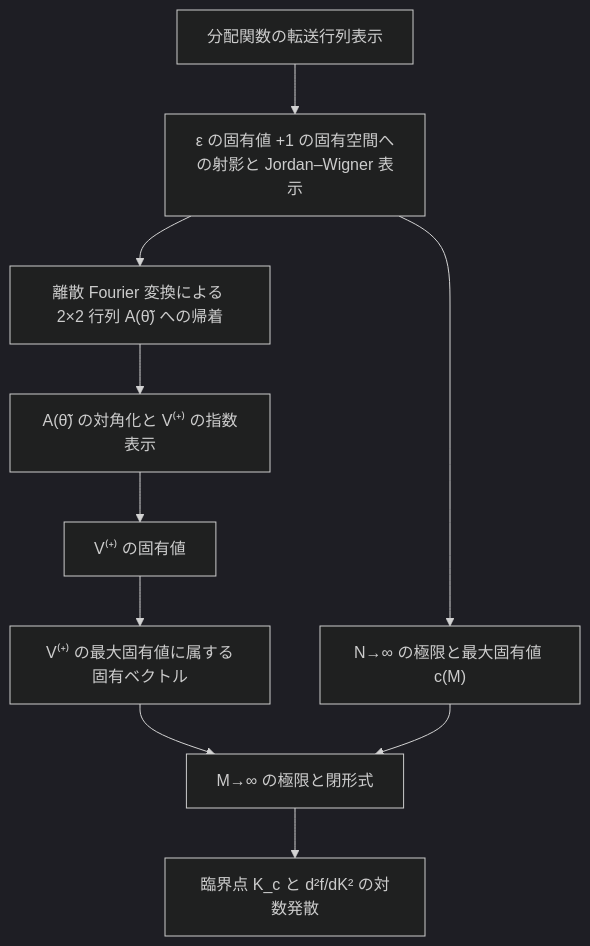
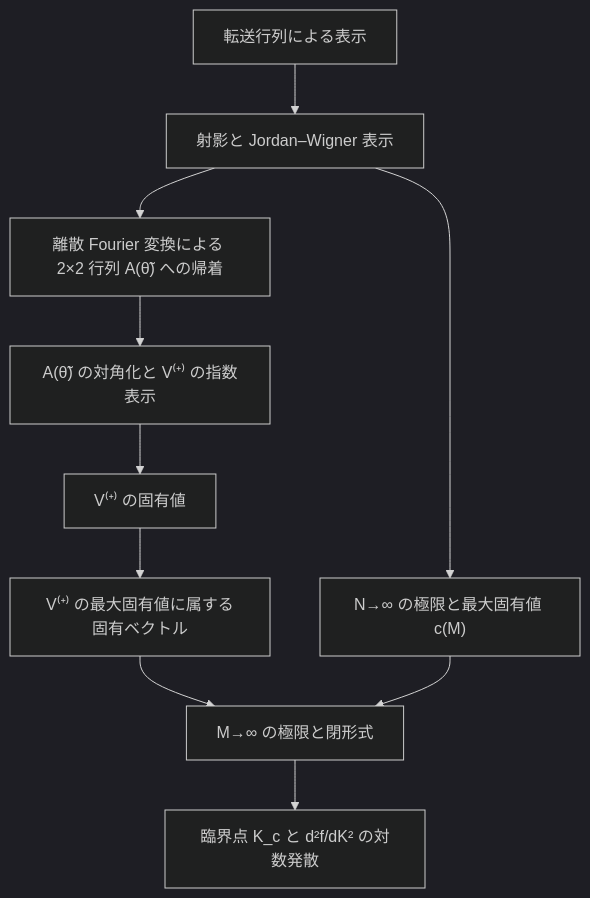
One commit to masaori/math changed the diagram in exact-solution-of-2d-ising-model/docs/tasks/six-chapter-organization-proposal.md. Above: the diagram before and after it, drawn with Mermaid (dark theme). The commit also changed other lines of this file and 1 other file, not shown here.

````diff
--- a/exact-solution-of-2d-ising-model/docs/tasks/six-chapter-organization-proposal.md
+++ b/exact-solution-of-2d-ising-model/docs/tasks/six-chapter-organization-proposal.md
@@ -202,22 +203,22 @@
 ```mermaid
 flowchart TD
-  trace["分配関数の転送行列表示"]
-  proj["ε の固有値 +1 の固有空間への射影と Jordan–Wigner 表示"]
+  trace["転送行列による表示"]
+  proj["射影と Jordan–Wigner 表示"]
   fourier["離散 Fourier 変換による 2×2 行列 A(θ̃) への帰着"]
   diag["A(θ̃) の対角化と V⁽⁺⁾ の指数表示"]
   eig["V⁽⁺⁾ の固有値"]
   maxvec["V⁽⁺⁾ の最大固有値に属する固有ベクトル"]
   rowlim["N→∞ の極限と最大固有値 c(M)"]
   collim["M→∞ の極限と閉形式"]
   crit["臨界点 K_c と d²f/dK² の対数発散"]
 
   trace --> proj
   proj --> fourier
   fourier --> diag
   diag --> eig
   eig --> maxvec
   maxvec --> collim
   proj --> rowlim
   rowlim --> collim
   collim --> crit
 ```
````
